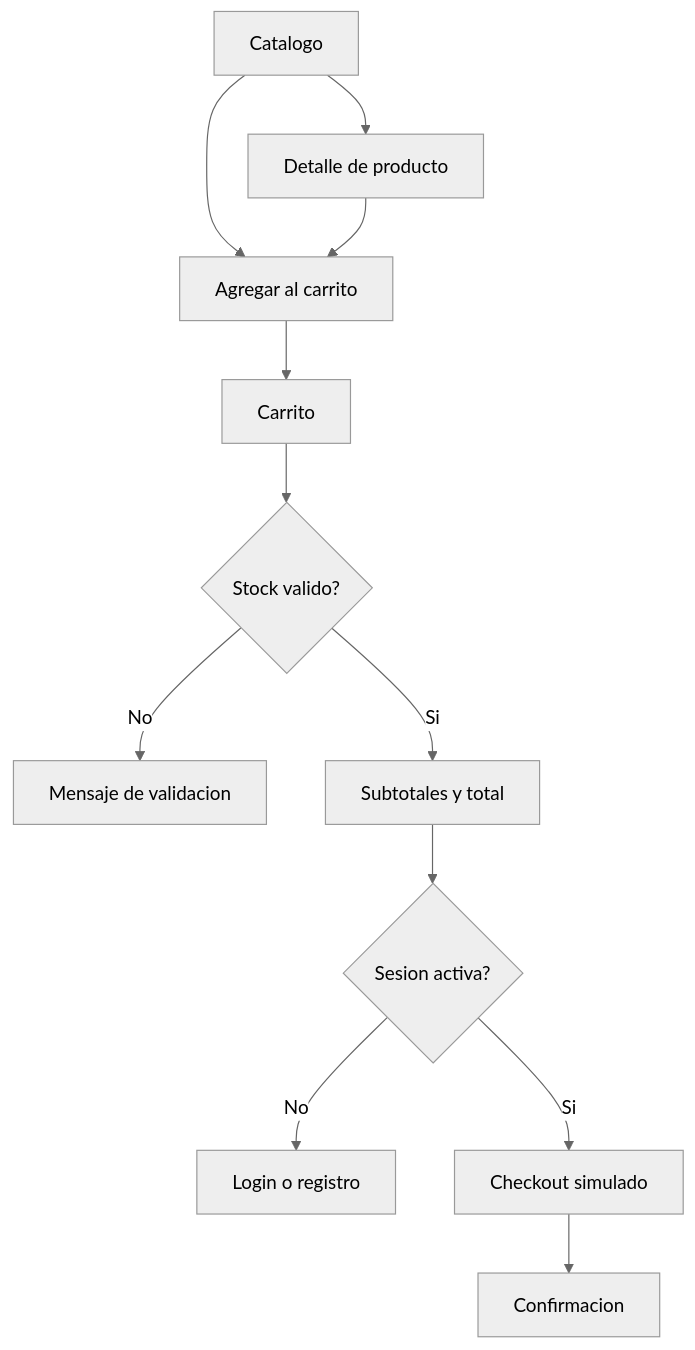
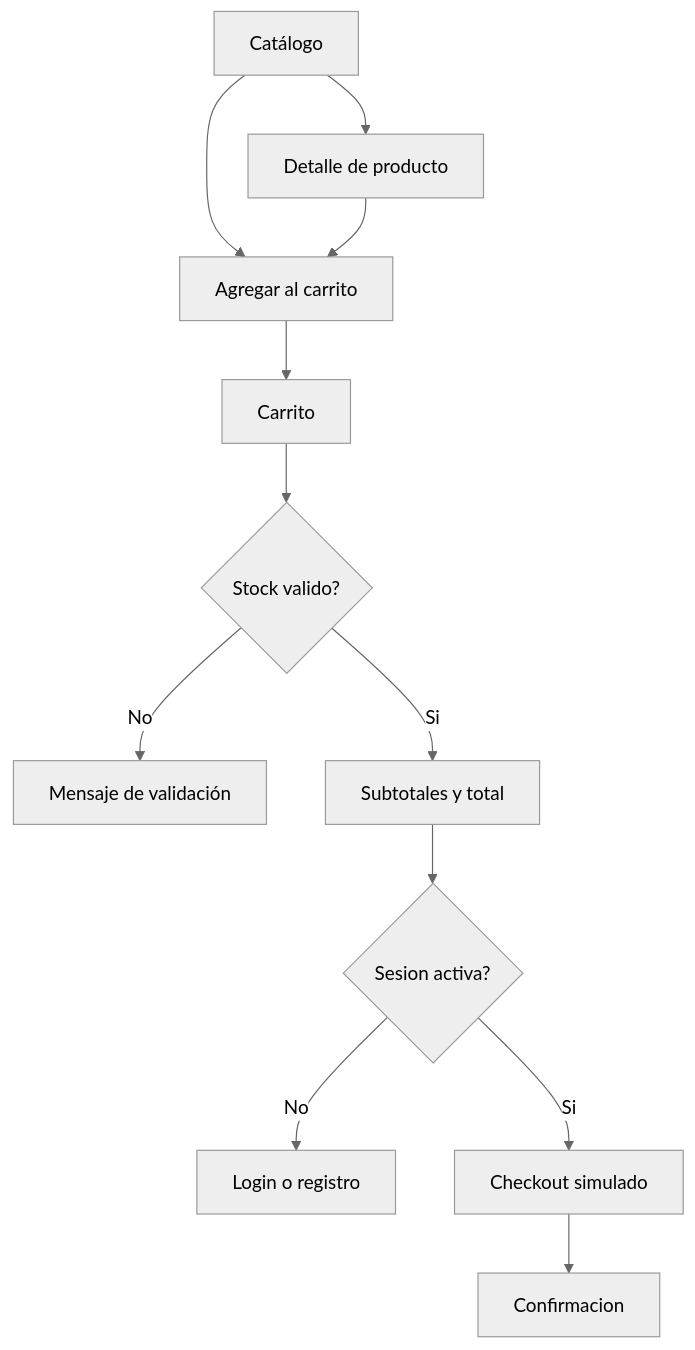
One commit to andresfccy/poli-tsp changed the diagram in docs/entregas/entrega-3.md. Above: the diagram before and after it, drawn with Mermaid (neutral theme). The commit also changed other lines of this file and 13 other files, not shown here.

Commit message:
docs: fix accents and mermaid labels

````diff
--- a/docs/entregas/entrega-3.md
+++ b/docs/entregas/entrega-3.md
@@ -39,14 +39,14 @@
 ```mermaid
 flowchart TD
-  Catalogo[Catalogo] --> Detalle[Detalle de producto]
-  Catalogo --> Add[Agregar al carrito]
+  Catalogo["Catálogo"] --> Detalle["Detalle de producto"]
+  Catalogo --> Add["Agregar al carrito"]
   Detalle --> Add
   Add --> Cart[Carrito]
   Cart --> Stock{Stock valido?}
-  Stock -- No --> Error[Mensaje de validacion]
+  Stock -- No --> Error["Mensaje de validación"]
   Stock -- Si --> Totals[Subtotales y total]
   Totals --> Auth{Sesion activa?}
   Auth -- No --> Login[Login o registro]
   Auth -- Si --> Checkout[Checkout simulado]
   Checkout --> Confirmation[Confirmacion]
 ```
````
